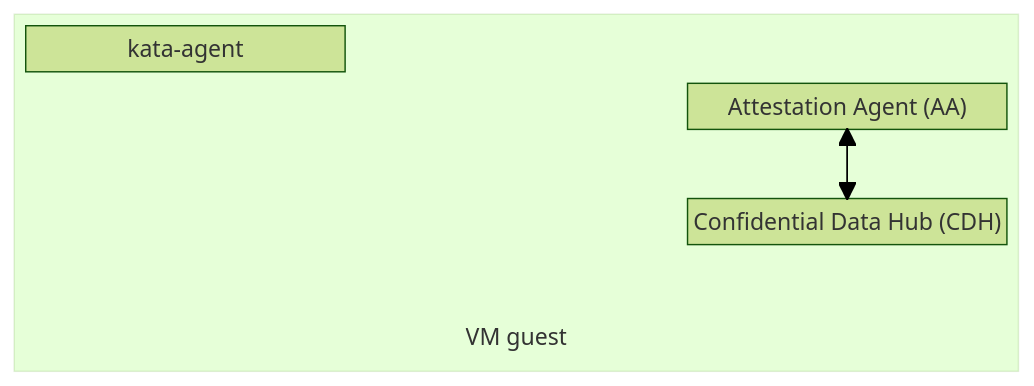
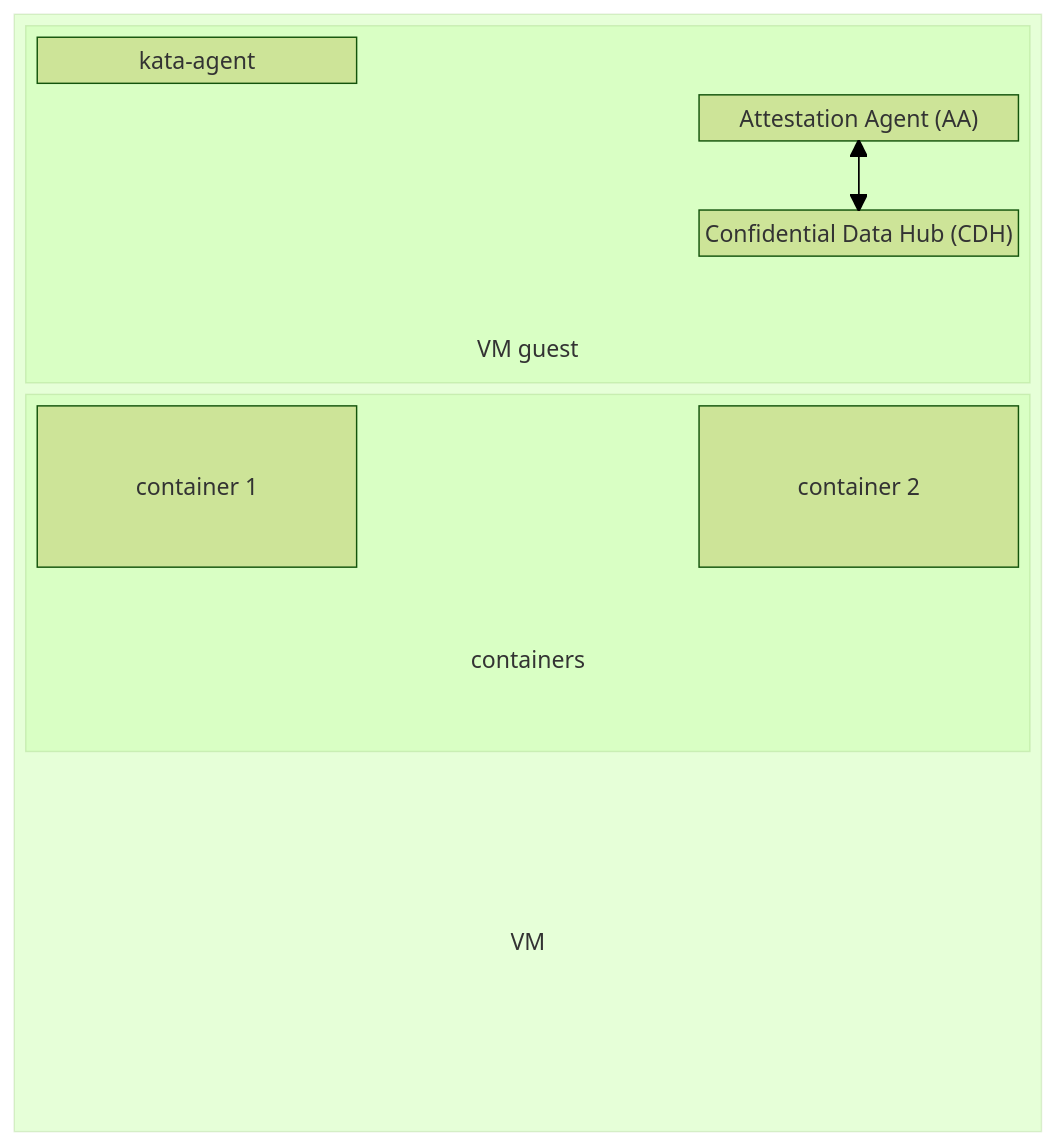
One commit to jamesodhunt/foo changed the diagram in mermaid-diagrams.md. Above: the diagram before and after it, drawn with Mermaid (forest theme).

````diff
--- a/mermaid-diagrams.md
+++ b/mermaid-diagrams.md
@@ -1,20 +1,38 @@
 ```mermaid
 block-beta
   block:vm
-    columns 3
-    kata_agent["kata-agent"]:1 space:2
-    space:2 aa["Attestation Agent (AA)"]
-    space:3
-    space:2 cdh["Confidential Data Hub (CDH)"]
+    columns 1
 
-    %% At the time of writing, mermaid doesn't support
-    %% double-ended arrows for block diagrams, so fake it ;)
-    aa --> cdh
-    cdh --> aa
+    block:guest
+      columns 3
+      kata_agent["kata-agent"]:1 space:2
+      space:2 aa["Attestation Agent (AA)"]
+      space:3
+      space:2 cdh["Confidential Data Hub (CDH)"]
 
-    space:3
-    space label["VM guest"] space
+      %% At the time of writing, mermaid doesn't support
+      %% double-ended arrows for block diagrams, so fake it ;)
+      aa --> cdh
+      cdh --> aa
 
-    style label fill:none,stroke:none
+      space:3
+      space guest_label["VM guest"] space
+
+      style guest_label fill:none,stroke:none
+    end
+
+    block:pods
+      columns 3
+
+      cid_1["container 1"] space cid_2["container 2"]
+
+      space containers_label["containers"] space
+
+      style containers_label fill:none,stroke:none
+    end
+
+    vm_label["VM"]
+
+    style vm_label fill:none,stroke:none
   end
 ```
````
